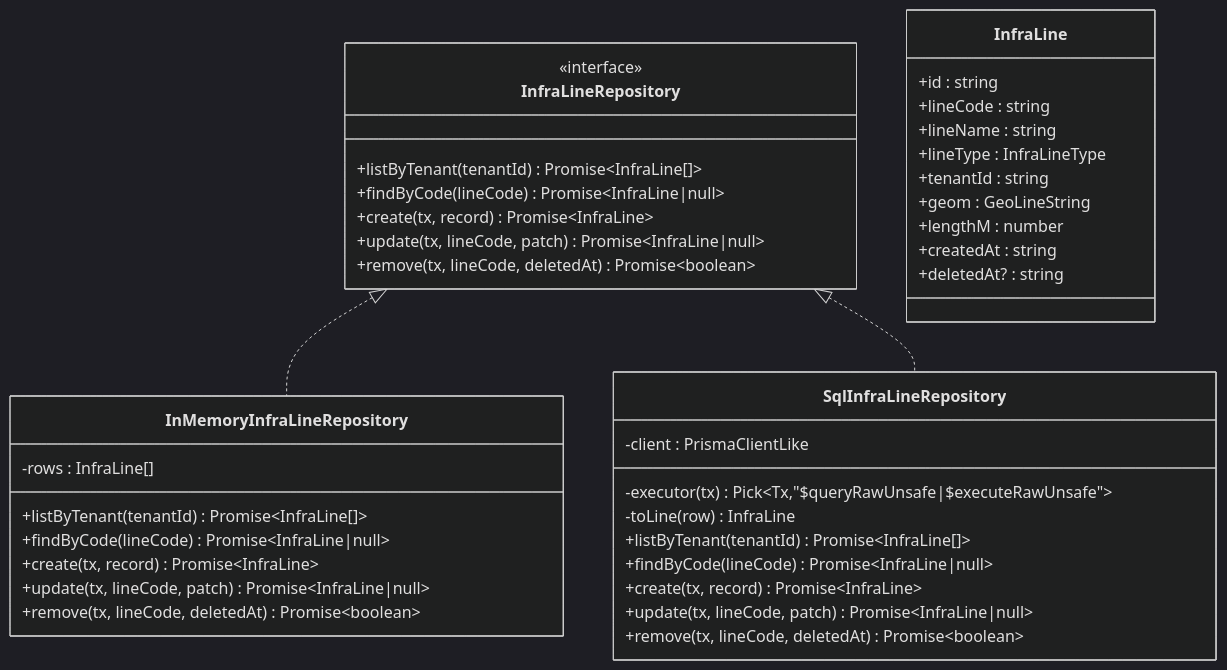
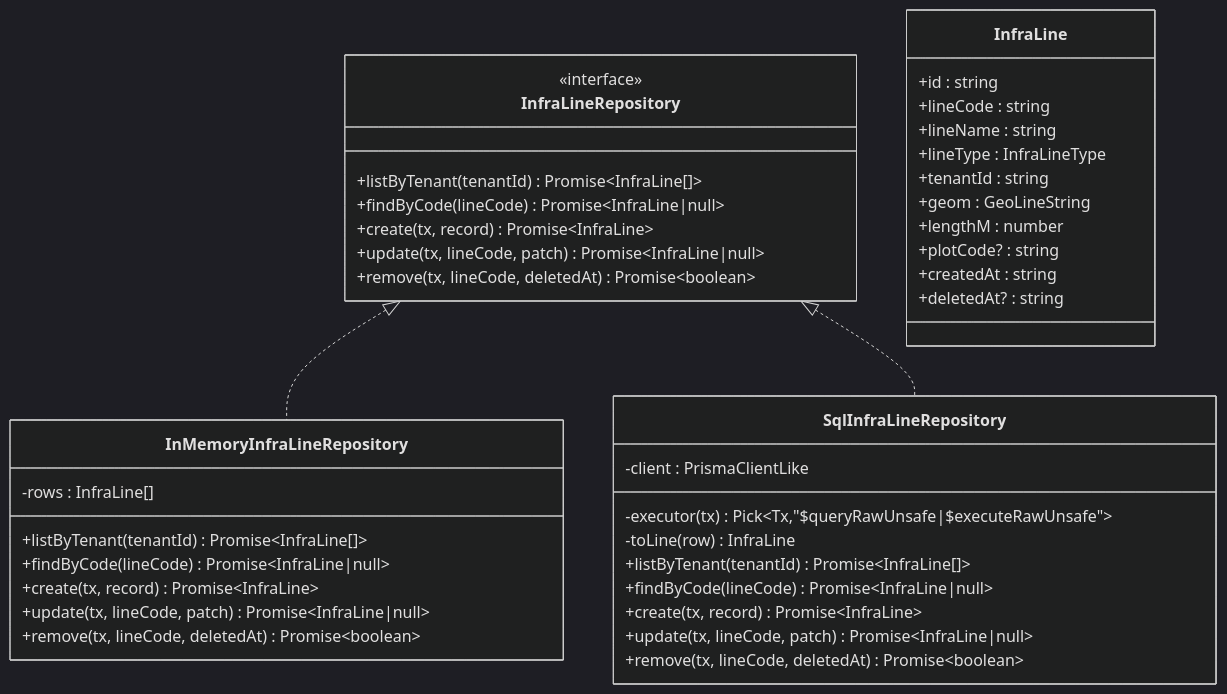
Before and after one commit to q446328246/agri-platform: the ninth of 14 diagrams in .qoder/repowiki/zh/content/核心服务文档/地块管理服务.md, drawn with Mermaid (dark theme). The commit also changed other lines of this file and 52 other files, not shown here.

````diff
--- a/.qoder/repowiki/zh/content/核心服务文档/地块管理服务.md
+++ b/.qoder/repowiki/zh/content/核心服务文档/地块管理服务.md
@@ -417,42 +613,43 @@
 ```mermaid
 classDiagram
 class InfraLineRepository {
 <<interface>>
 +listByTenant(tenantId) Promise~InfraLine[]~
 +findByCode(lineCode) Promise~InfraLine|null~
 +create(tx, record) Promise~InfraLine~
 +update(tx, lineCode, patch) Promise~InfraLine|null~
 +remove(tx, lineCode, deletedAt) Promise~boolean~
 }
 class InfraLine {
 +id : string
 +lineCode : string
 +lineName : string
 +lineType : InfraLineType
 +tenantId : string
 +geom : GeoLineString
 +lengthM : number
++plotCode? : string
 +createdAt : string
 +deletedAt? : string
 }
 class InMemoryInfraLineRepository {
 -rows : InfraLine[]
 +listByTenant(tenantId) Promise~InfraLine[]~
 +findByCode(lineCode) Promise~InfraLine|null~
 +create(tx, record) Promise~InfraLine~
 +update(tx, lineCode, patch) Promise~InfraLine|null~
 +remove(tx, lineCode, deletedAt) Promise~boolean~
 }
 class SqlInfraLineRepository {
 -client : PrismaClientLike
 -executor(tx) Pick~Tx,"$queryRawUnsafe|$executeRawUnsafe"~
 -toLine(row) InfraLine
 +listByTenant(tenantId) Promise~InfraLine[]~
 +findByCode(lineCode) Promise~InfraLine|null~
 +create(tx, record) Promise~InfraLine~
 +update(tx, lineCode, patch) Promise~InfraLine|null~
 +remove(tx, lineCode, deletedAt) Promise~boolean~
 }
 InfraLineRepository <|.. InMemoryInfraLineRepository
 InfraLineRepository <|.. SqlInfraLineRepository
 ```
````
